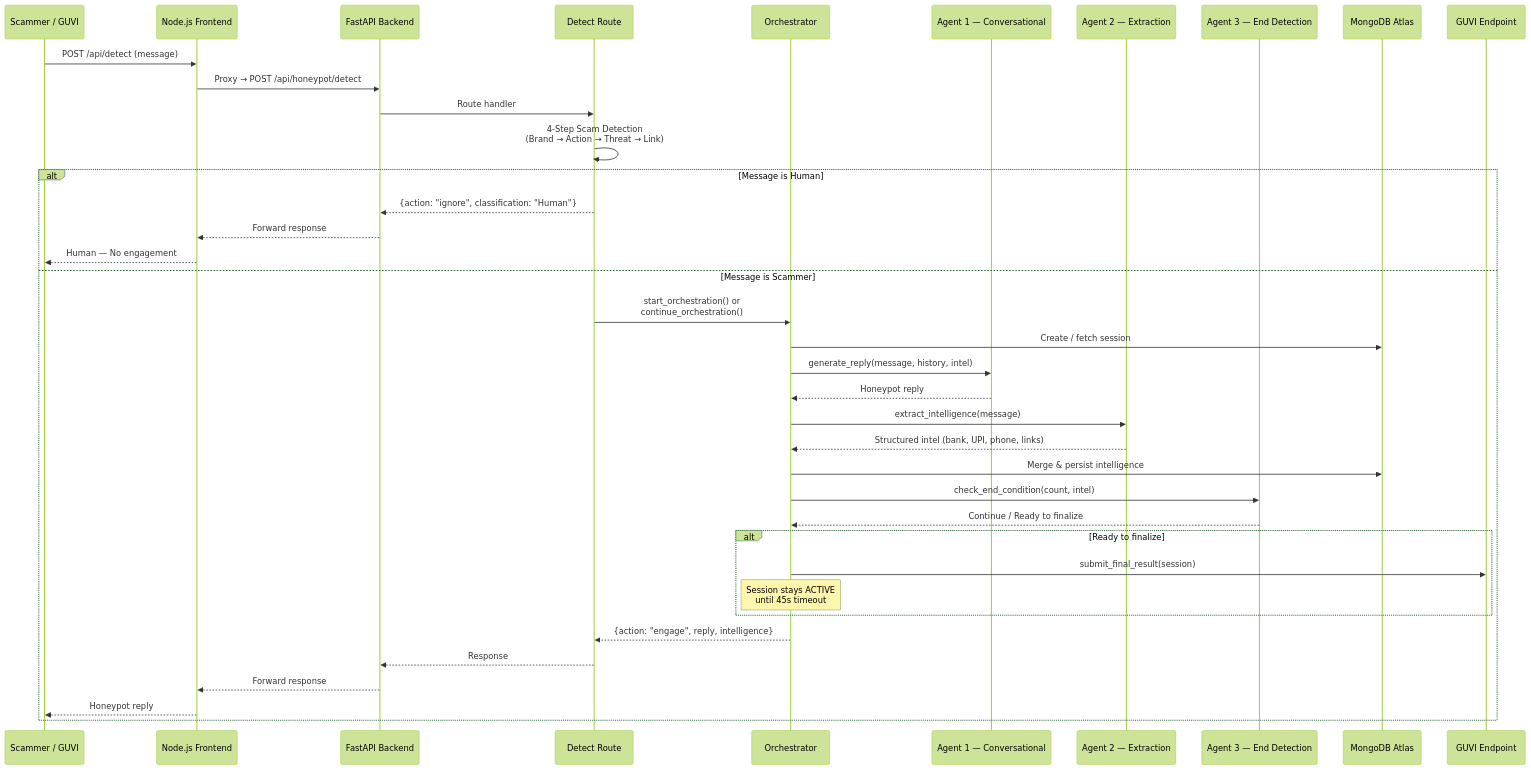
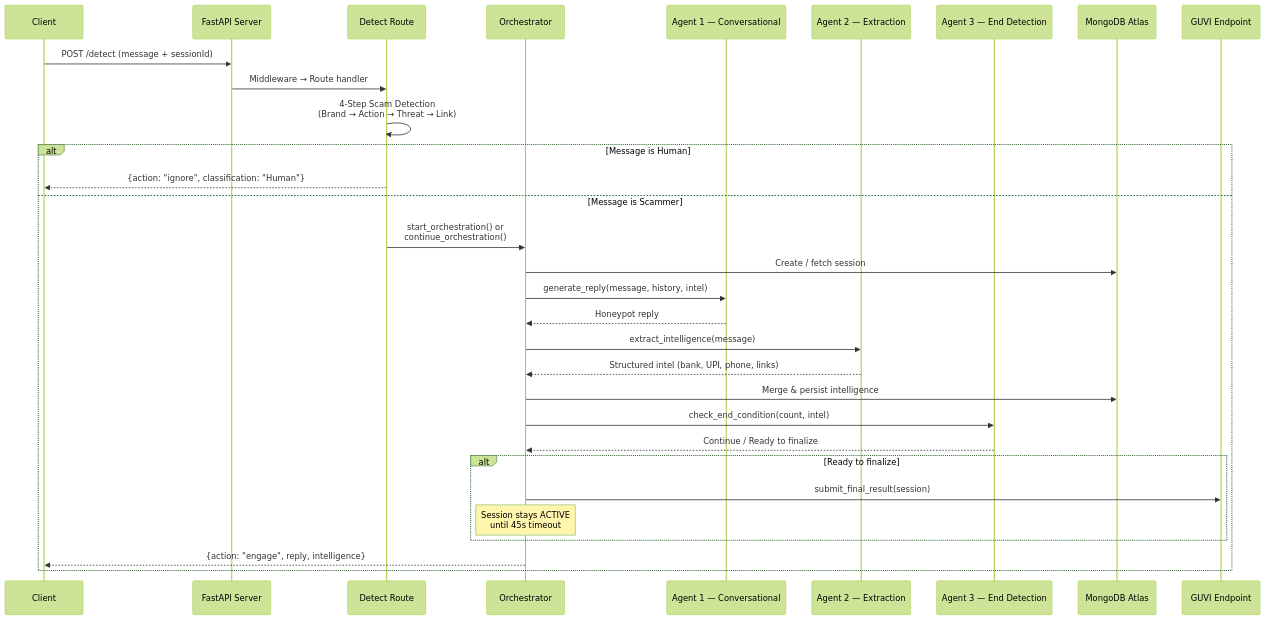
One commit to ShanmugaRamana/Dhurvam changed the second of 3 diagrams in README.md. Above: the diagram before and after it, drawn with Mermaid (forest theme). The commit also changed other lines of this file, not shown here.

Commit message:
updated Architecture in README

````diff
--- a/README.md
+++ b/README.md
@@ -94,45 +83,38 @@
 ```mermaid
 sequenceDiagram
-    participant S as Scammer / GUVI
-    participant FE as Node.js Frontend
-    participant API as FastAPI Backend
+    participant C as Client
+    participant API as FastAPI Server
     participant D as Detect Route
     participant O as Orchestrator
     participant A1 as Agent 1 — Conversational
     participant A2 as Agent 2 — Extraction
     participant A3 as Agent 3 — End Detection
     participant DB as MongoDB Atlas
     participant G as GUVI Endpoint
 
-    S->>FE: POST /api/detect (message)
-    FE->>API: Proxy → POST /api/honeypot/detect
-    API->>D: Route handler
+    C->>API: POST /detect (message + sessionId)
+    API->>D: Middleware → Route handler
 
     D->>D: 4-Step Scam Detection<br/>(Brand → Action → Threat → Link)
 
     alt Message is Human
-        D-->>API: {action: "ignore", classification: "Human"}
-        API-->>FE: Forward response
-        FE-->>S: Human — No engagement
+        D-->>C: {action: "ignore", classification: "Human"}
     else Message is Scammer
         D->>O: start_orchestration() or<br/>continue_orchestration()
         O->>DB: Create / fetch session
         O->>A1: generate_reply(message, history, intel)
         A1-->>O: Honeypot reply
         O->>A2: extract_intelligence(message)
         A2-->>O: Structured intel (bank, UPI, phone, links)
         O->>DB: Merge & persist intelligence
         O->>A3: check_end_condition(count, intel)
         A3-->>O: Continue / Ready to finalize
 
         alt Ready to finalize
             O->>G: submit_final_result(session)
             Note over O: Session stays ACTIVE<br/>until 45s timeout
         end
 
-        O-->>D: {action: "engage", reply, intelligence}
-        D-->>API: Response
-        API-->>FE: Forward response
-        FE-->>S: Honeypot reply
+        O-->>C: {action: "engage", reply, intelligence}
     end
 ```
````
